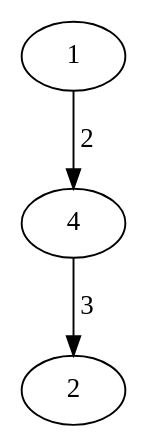
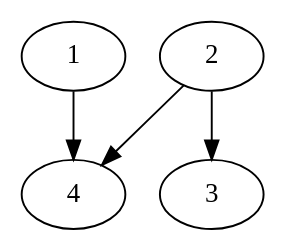
Before and after one commit to vinicius-de-souza/graphapplication: the diagram in testes/grafo2.dot, drawn with Graphviz. The commit also changed 6 other files, not shown here.

```diff
--- a/testes/grafo2.dot
+++ b/testes/grafo2.dot
@@ -1,6 +1,7 @@
 strict digraph G {
 
-    1 ->  4 [label=" 2"]
-    4 ->  2 [label=" 3"]
+    1 ->  4
+    2 ->  4
+    2 ->  3
 
  }
```
